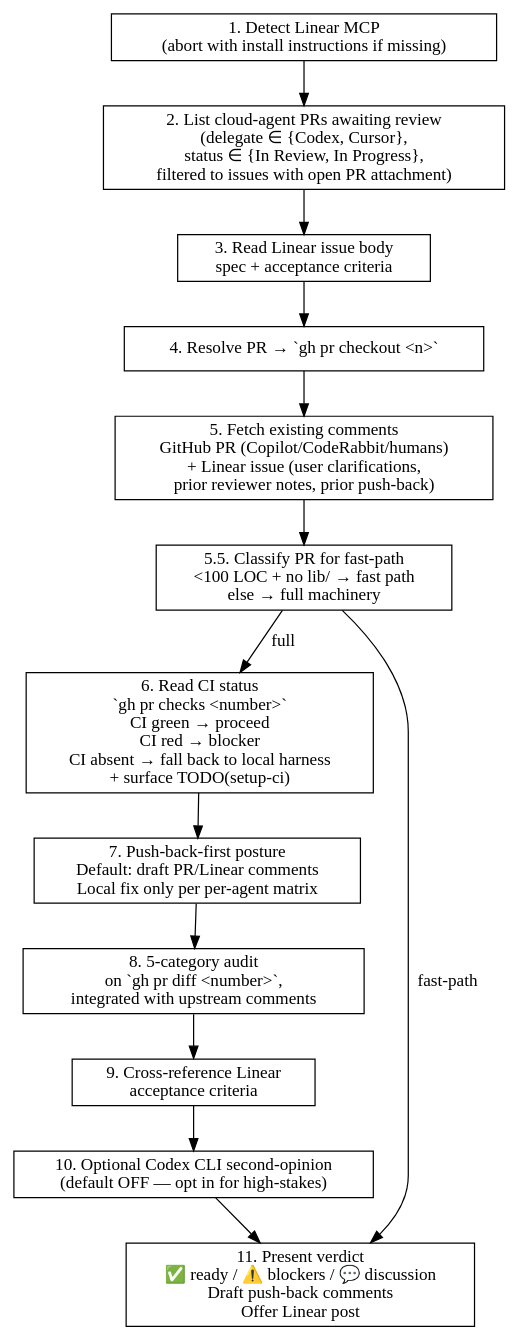
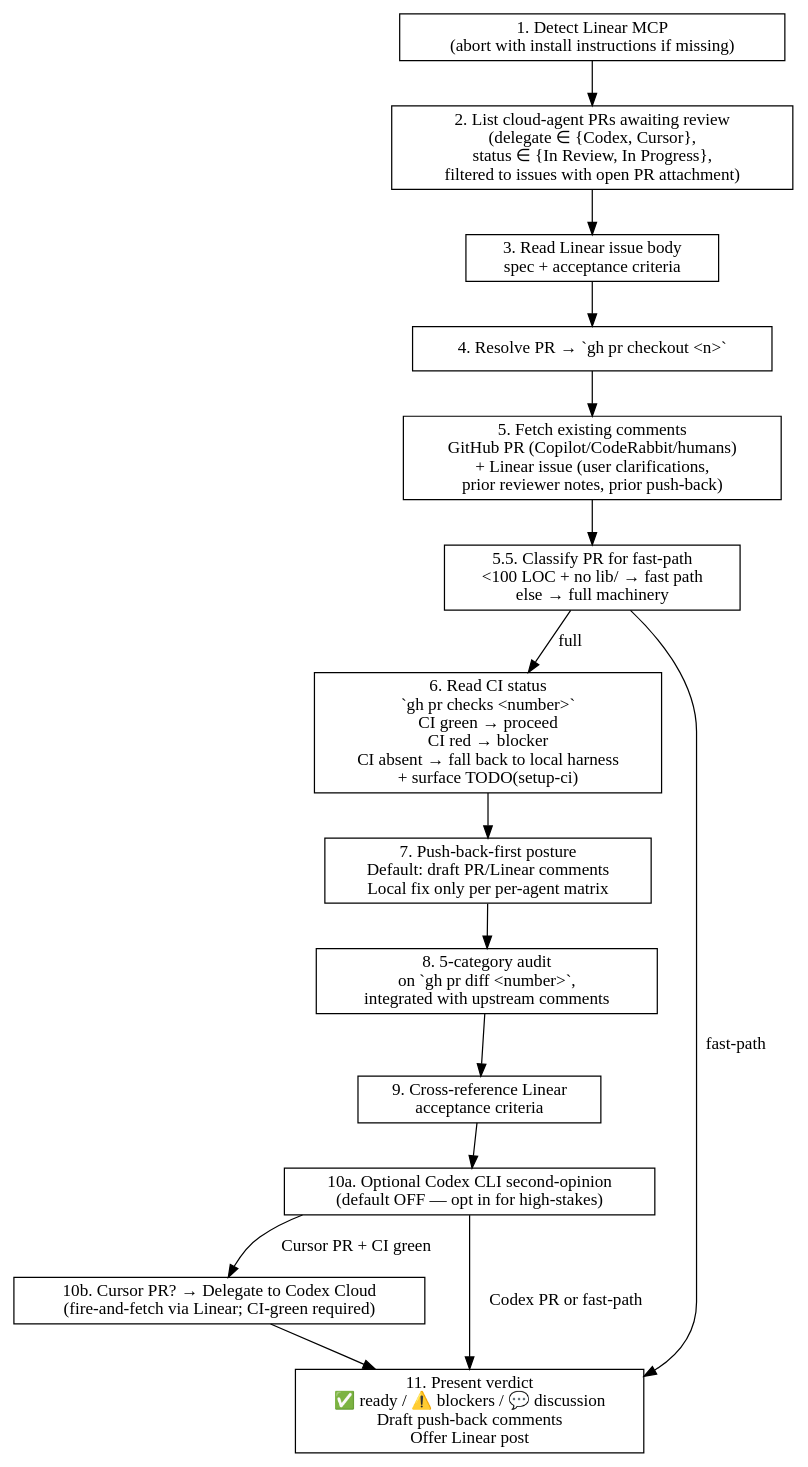
The diagram in plugins/staged-review/skills/commit-review/SKILL.md (ZenHive/claude-marketplace-elixir), drawn with Graphviz before and after one commit. The commit also changed other lines of this file and 3 other files, not shown here.

First line of the commit message:
Bump staged-review 1.11.0 → 1.12.0: Codex-reviews-Cursor delegation (Step 10b)

````diff
--- a/plugins/staged-review/skills/commit-review/SKILL.md
+++ b/plugins/staged-review/skills/commit-review/SKILL.md
@@ -61,24 +61,28 @@
 ```dot
 digraph commit_review {
   rankdir=TB;
   node [shape=box];
 
   detect    [label="1. Detect Linear MCP\n(abort with install instructions if missing)"];
   list      [label="2. List cloud-agent PRs awaiting review\n(delegate ∈ {Codex, Cursor},\nstatus ∈ {In Review, In Progress},\nfiltered to issues with open PR attachment)"];
   spec      [label="3. Read Linear issue body\nspec + acceptance criteria"];
   checkout  [label="4. Resolve PR → `gh pr checkout <n>`"];
   comments  [label="5. Fetch existing comments\nGitHub PR (Copilot/CodeRabbit/humans)\n+ Linear issue (user clarifications,\nprior reviewer notes, prior push-back)"];
   classify  [label="5.5. Classify PR for fast-path\n<100 LOC + no lib/ → fast path\nelse → full machinery"];
   ci        [label="6. Read CI status\n`gh pr checks <number>`\nCI green → proceed\nCI red → blocker\nCI absent → fall back to local harness\n+ surface TODO(setup-ci)"];
   pushback  [label="7. Push-back-first posture\nDefault: draft PR/Linear comments\nLocal fix only per per-agent matrix"];
   audit     [label="8. 5-category audit\non `gh pr diff <number>`,\nintegrated with upstream comments"];
   cross     [label="9. Cross-reference Linear\nacceptance criteria"];
-  codex     [label="10. Optional Codex CLI second-opinion\n(default OFF — opt in for high-stakes)"];
+  codex     [label="10a. Optional Codex CLI second-opinion\n(default OFF — opt in for high-stakes)"];
+  delegate  [label="10b. Cursor PR? → Delegate to Codex Cloud\n(fire-and-fetch via Linear; CI-green required)"];
   verdict   [label="11. Present verdict\n✅ ready / ⚠️ blockers / 💬 discussion\nDraft push-back comments\nOffer Linear post"];
 
   detect -> list -> spec -> checkout -> comments -> classify;
   classify -> ci [label="full"];
   classify -> verdict [label="fast-path"];
-  ci -> pushback -> audit -> cross -> codex -> verdict;
+  ci -> pushback -> audit -> cross -> codex;
+  codex -> delegate [label="Cursor PR + CI green"];
+  codex -> verdict  [label="Codex PR or fast-path"];
+  delegate -> verdict;
 }
 ```
````
